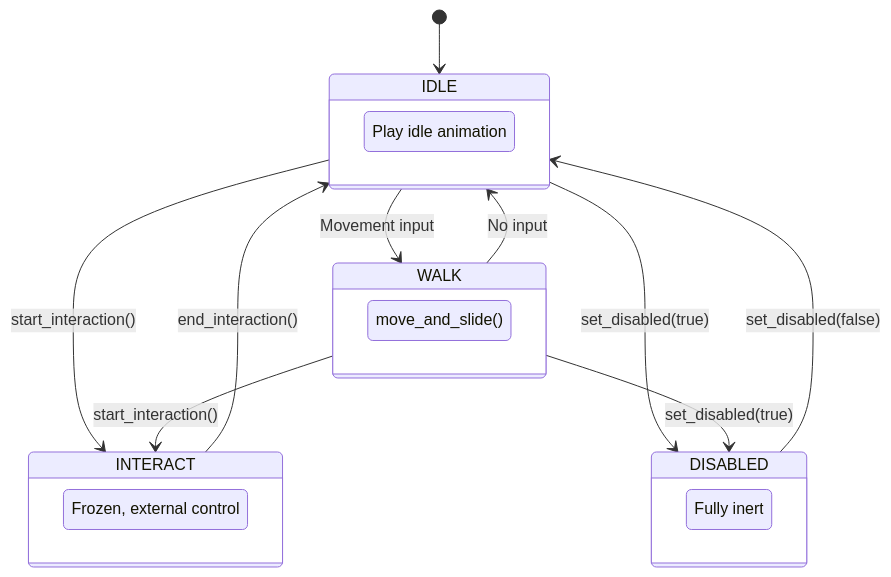
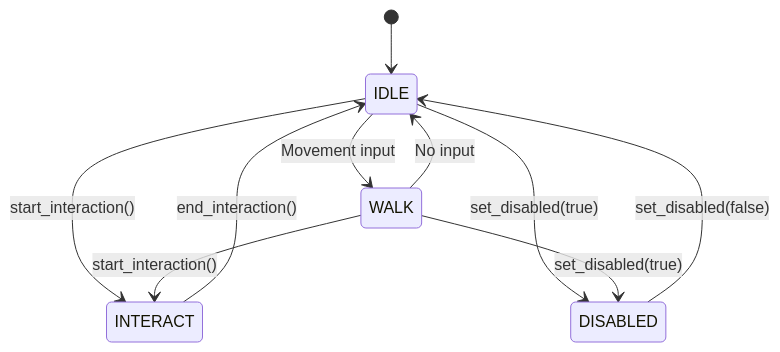
One commit to Jorge-D-Robles/gemini-fantasy changed the first of 2 diagrams in tutorial/06_player_character.md. Above: the diagram before and after it, drawn with Mermaid. The commit also changed 24 other files, not shown here.

Commit message:
Refine tutorial Mermaid diagrams

````diff
--- a/tutorial/06_player_character.md
+++ b/tutorial/06_player_character.md
@@ -166,26 +166,13 @@
 ```mermaid
 stateDiagram-v2
     [*] --> IDLE
 
     IDLE --> WALK : Movement input
     WALK --> IDLE : No input
     IDLE --> INTERACT : start_interaction()
     WALK --> INTERACT : start_interaction()
     INTERACT --> IDLE : end_interaction()
     IDLE --> DISABLED : set_disabled(true)
     WALK --> DISABLED : set_disabled(true)
     DISABLED --> IDLE : set_disabled(false)
-
-    state IDLE {
-        [*] : Play idle animation
-    }
-    state WALK {
-        [*] : move_and_slide()
-    }
-    state INTERACT {
-        [*] : Frozen, external control
-    }
-    state DISABLED {
-        [*] : Fully inert
-    }
 ```
````
